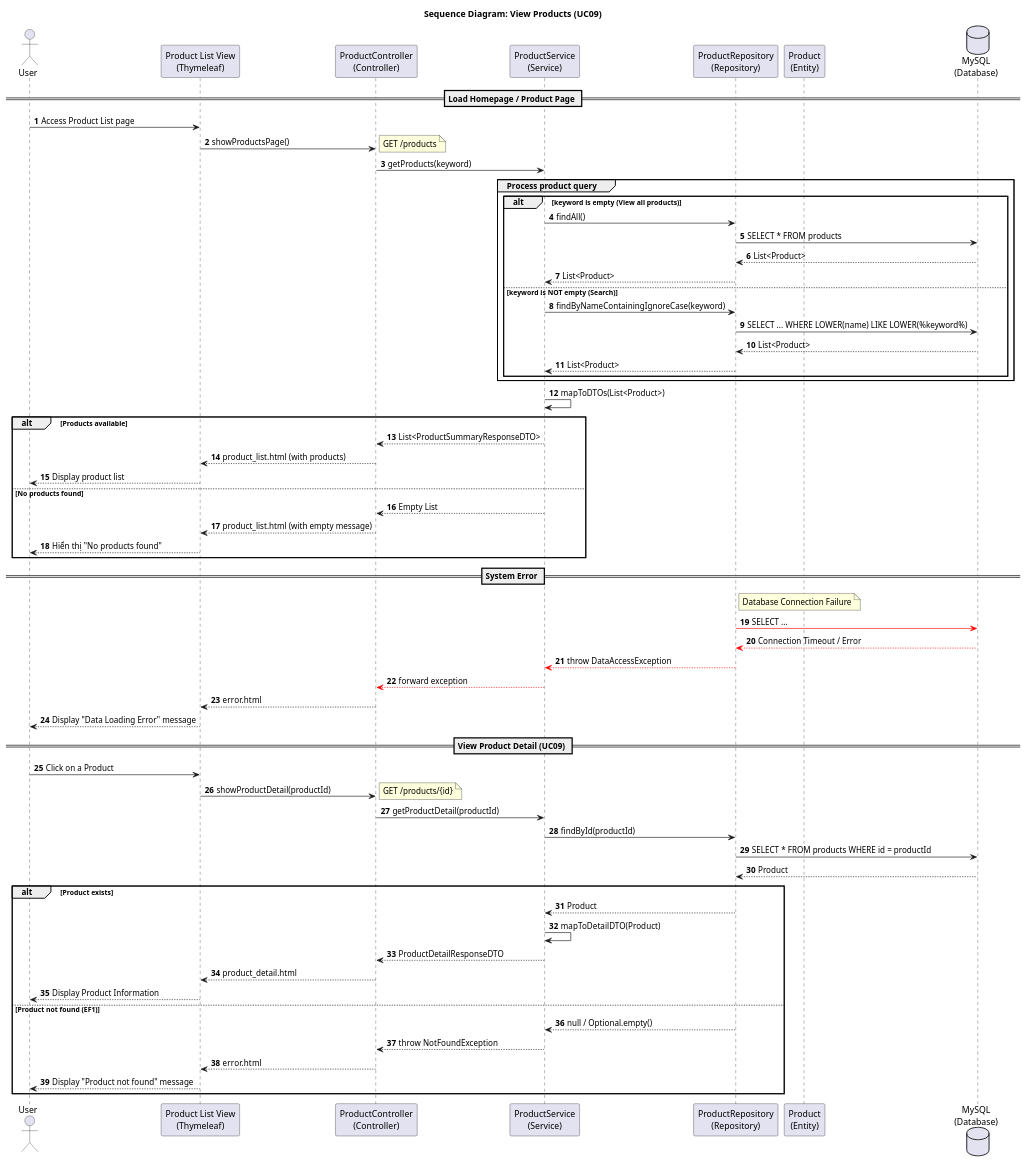
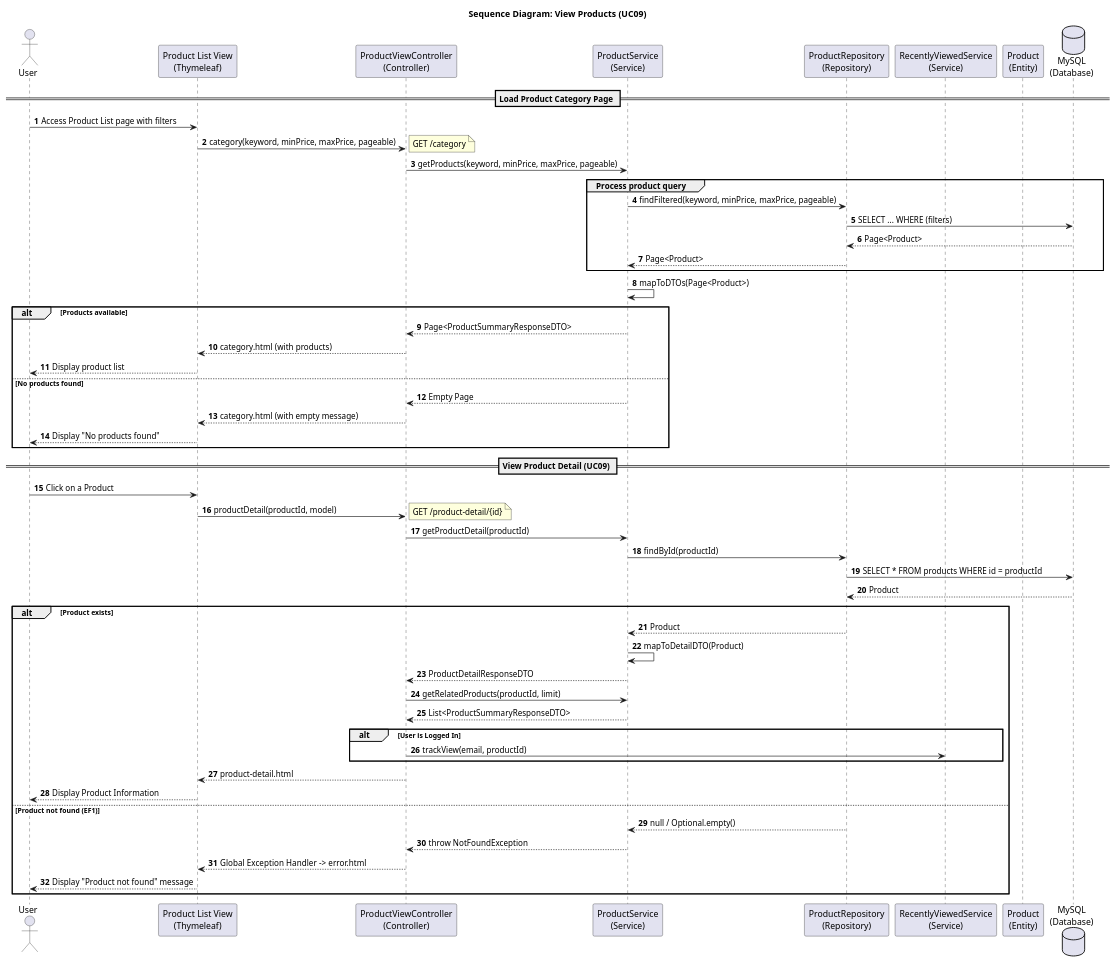
The diagram in src/main/java/org/example/fashionstoresystem/uml/Sequence/SD09_ViewProducts.puml (Peterdir/fashion-store-system), drawn with PlantUML before and after one commit. The commit also changed 31 other files, not shown here.

Commit message:
Update uml

```diff
--- a/src/main/java/org/example/fashionstoresystem/uml/Sequence/SD09_ViewProducts.puml
+++ b/src/main/java/org/example/fashionstoresystem/uml/Sequence/SD09_ViewProducts.puml
@@ -1,76 +1,71 @@
 @startuml
 title Sequence Diagram: View Products (UC09)
 
 autonumber
 actor User
 participant "Product List View\n(Thymeleaf)" as View
-participant "ProductController\n(Controller)" as Controller
+participant "ProductViewController\n(Controller)" as Controller
 participant "ProductService\n(Service)" as Service
 participant "ProductRepository\n(Repository)" as Repository
+participant "RecentlyViewedService\n(Service)" as RecentlyViewedService
 participant "Product\n(Entity)" as Entity
 database "MySQL\n(Database)" as DB
 
-== Load Homepage / Product Page ==
-User -> View : Access Product List page
-View -> Controller : showProductsPage()
-note right: GET /products
-Controller -> Service : getProducts(keyword)
+== Load Product Category Page ==
+User -> View : Access Product List page with filters
+View -> Controller : category(keyword, minPrice, maxPrice, pageable)
+note right: GET /category
+Controller -> Service : getProducts(keyword, minPrice, maxPrice, pageable)
 
 group Process product query
-    alt keyword is empty (View all products)
-        Service -> Repository : findAll()
-        Repository -> DB : SELECT * FROM products
-        DB --> Repository : List<Product>
-        Repository --> Service : List<Product>
-    else keyword is NOT empty (Search)
-        Service -> Repository : findByNameContainingIgnoreCase(keyword)
-        Repository -> DB : SELECT ... WHERE LOWER(name) LIKE LOWER(%keyword%)
-        DB --> Repository : List<Product>
-        Repository --> Service : List<Product>
-    end
+    Service -> Repository : findFiltered(keyword, minPrice, maxPrice, pageable)
+    Repository -> DB : SELECT ... WHERE (filters)
+    DB --> Repository : Page<Product>
+    Repository --> Service : Page<Product>
 end
 
-Service -> Service : mapToDTOs(List<Product>)
+Service -> Service : mapToDTOs(Page<Product>)
 
 alt Products available
-    Service --> Controller : List<ProductSummaryResponseDTO>
-    Controller --> View : product_list.html (with products)
+    Service --> Controller : Page<ProductSummaryResponseDTO>
+    Controller --> View : category.html (with products)
     View --> User : Display product list
 else No products found
-    Service --> Controller : Empty List
-    Controller --> View : product_list.html (with empty message)
-    View --> User : Hiển thị "No products found"
+    Service --> Controller : Empty Page
+    Controller --> View : category.html (with empty message)
+    View --> User : Display "No products found"
 end
 
-== System Error ==
-note right of Repository: Database Connection Failure
-Repository -[#red]> DB : SELECT ...
-DB --[#red]> Repository : Connection Timeout / Error
-Repository --[#red]> Service : throw DataAccessException
-Service --[#red]> Controller : forward exception
-Controller --> View : error.html
-View --> User : Display "Data Loading Error" message
+
 == View Product Detail (UC09) ==
 User -> View : Click on a Product
-View -> Controller : showProductDetail(productId)
-note right: GET /products/{id}
+View -> Controller : productDetail(productId, model)
+note right: GET /product-detail/{id}
 Controller -> Service : getProductDetail(productId)
 
 Service -> Repository : findById(productId)
 Repository -> DB : SELECT * FROM products WHERE id = productId
 DB --> Repository : Product
 
 alt Product exists
     Repository --> Service : Product
     Service -> Service : mapToDetailDTO(Product)
     Service --> Controller : ProductDetailResponseDTO
-    Controller --> View : product_detail.html
+
+    Controller -> Service : getRelatedProducts(productId, limit)
+    Service --> Controller : List<ProductSummaryResponseDTO>
+    
+    alt User is Logged In
+        Controller -> RecentlyViewedService : trackView(email, productId)
+    end
+
+    Controller --> View : product-detail.html
     View --> User : Display Product Information
 else Product not found (EF1)
     Repository --> Service : null / Optional.empty()
     Service --> Controller : throw NotFoundException
-    Controller --> View : error.html
+    Controller --> View : Global Exception Handler -> error.html
     View --> User : Display "Product not found" message
 end
 
 @enduml
```
